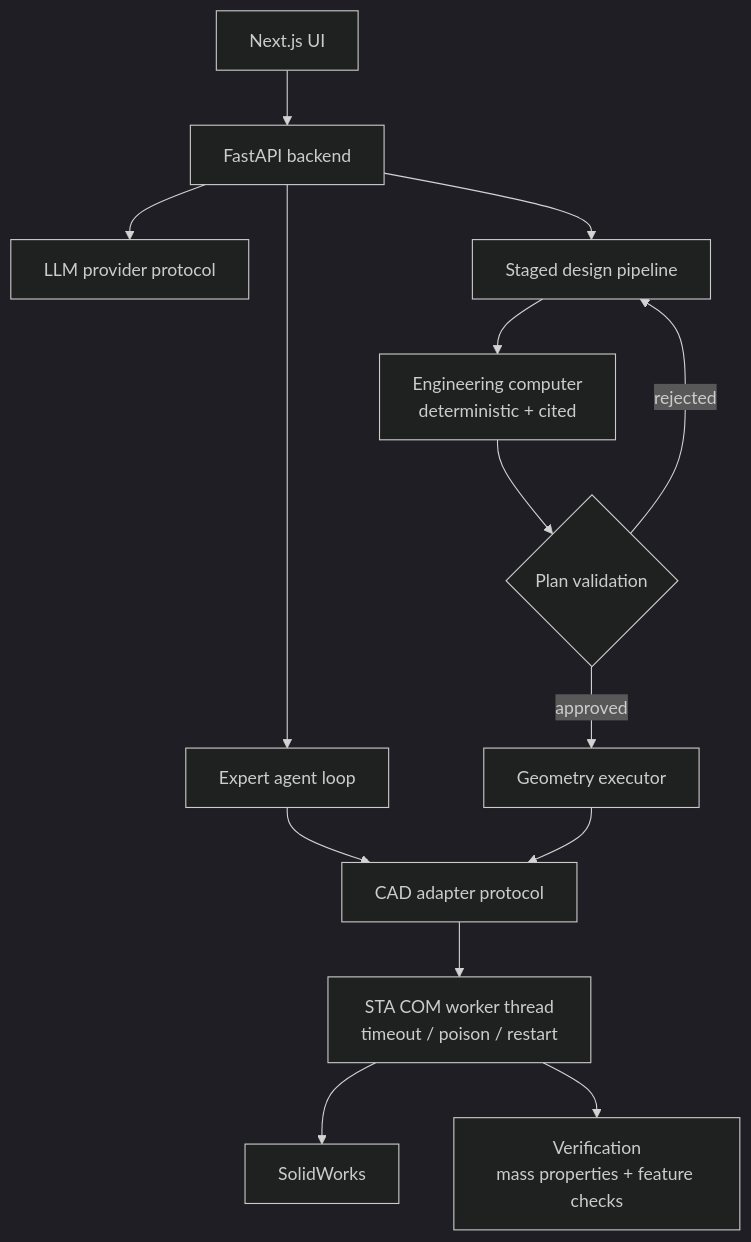
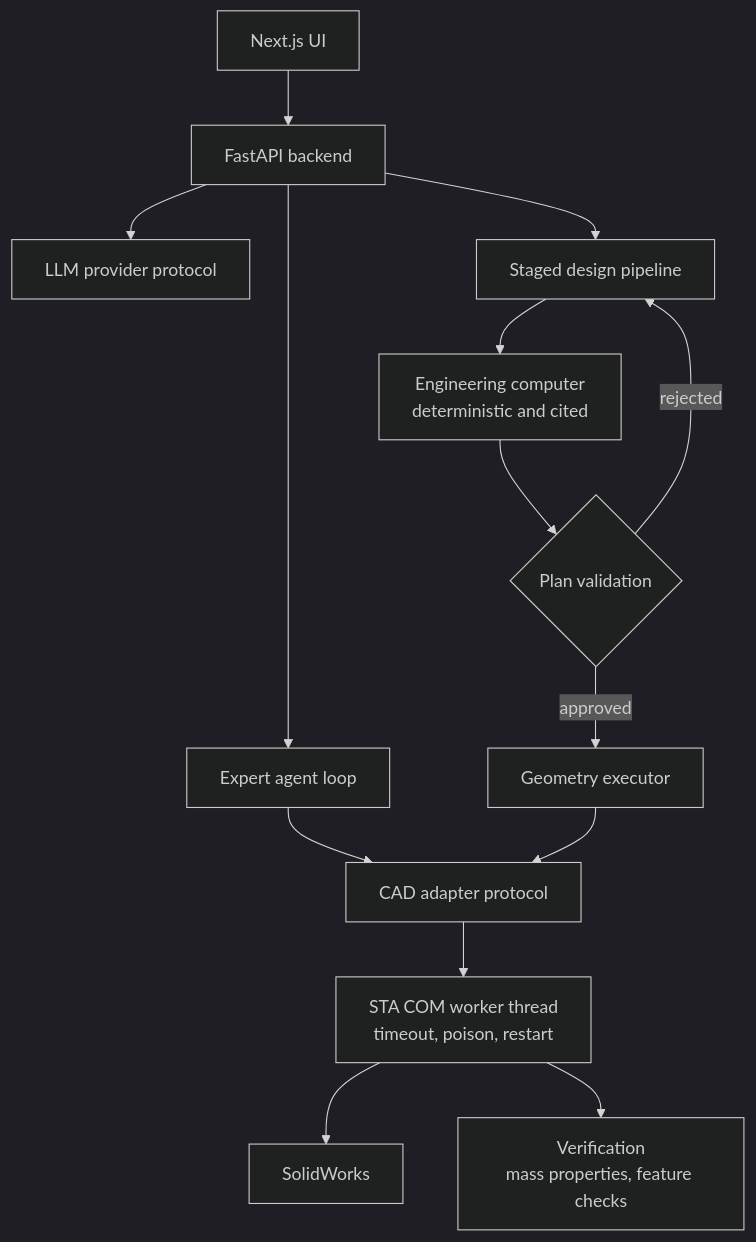
The diagram in README.md (premarketbot/intentcadx-showcase), drawn with Mermaid (dark theme) before and after one commit.

Commit message:
Harden mermaid diagram syntax
Quote all node labels so punctuation in label text cannot break parsing.

````diff
--- a/README.md
+++ b/README.md
@@ -25,16 +25,16 @@
 ```mermaid
 flowchart TD
-    UI[Next.js UI] --> API[FastAPI backend]
-    API --> LLM[LLM provider protocol]
-    API --> STAGED[Staged design pipeline]
-    API --> LOOP[Expert agent loop]
-    STAGED --> EC[Engineering computer<br/>deterministic + cited]
-    EC --> PV{Plan validation}
+    UI["Next.js UI"] --> API["FastAPI backend"]
+    API --> LLM["LLM provider protocol"]
+    API --> STAGED["Staged design pipeline"]
+    API --> LOOP["Expert agent loop"]
+    STAGED --> EC["Engineering computer<br/>deterministic and cited"]
+    EC --> PV{"Plan validation"}
     PV -->|rejected| STAGED
-    PV -->|approved| GEX[Geometry executor]
+    PV -->|approved| GEX["Geometry executor"]
     LOOP --> ADAPT
-    GEX --> ADAPT[CAD adapter protocol]
-    ADAPT --> COM[STA COM worker thread<br/>timeout / poison / restart]
-    COM --> SW[SolidWorks]
-    COM --> VER[Verification<br/>mass properties + feature checks]
+    GEX --> ADAPT["CAD adapter protocol"]
+    ADAPT --> COM["STA COM worker thread<br/>timeout, poison, restart"]
+    COM --> SW["SolidWorks"]
+    COM --> VER["Verification<br/>mass properties, feature checks"]
 ```
````
